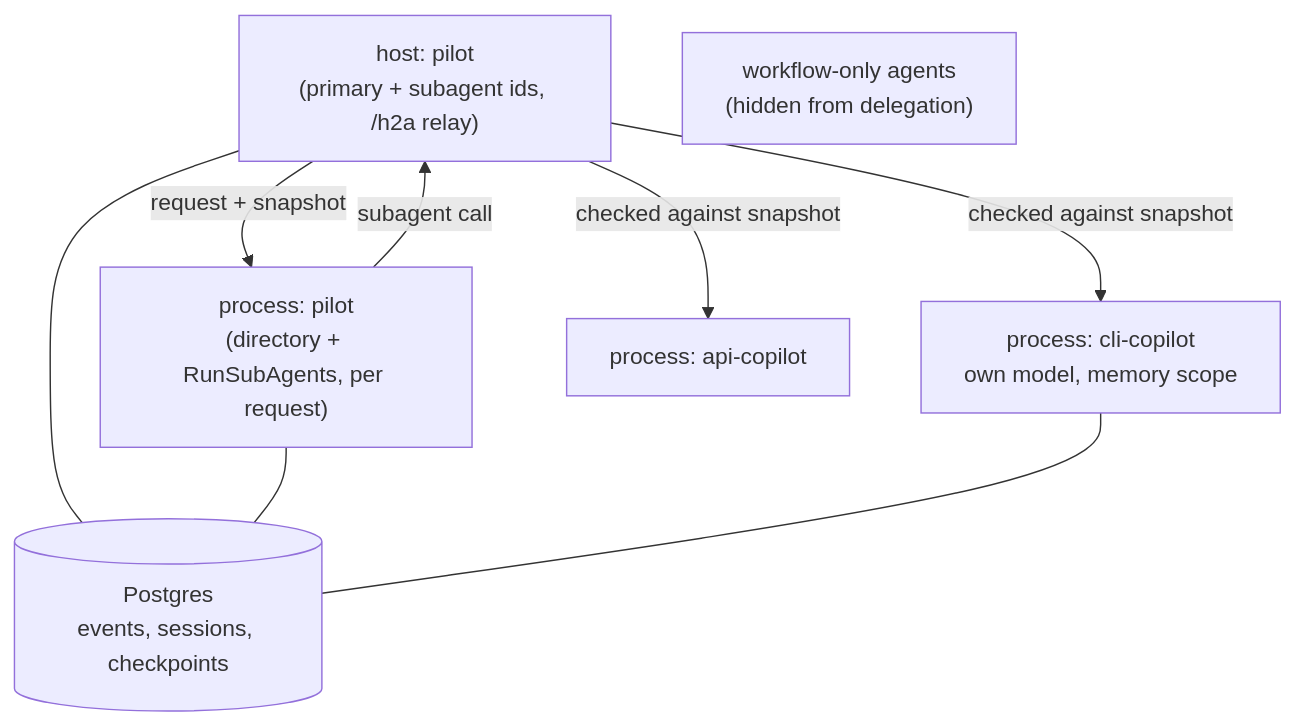
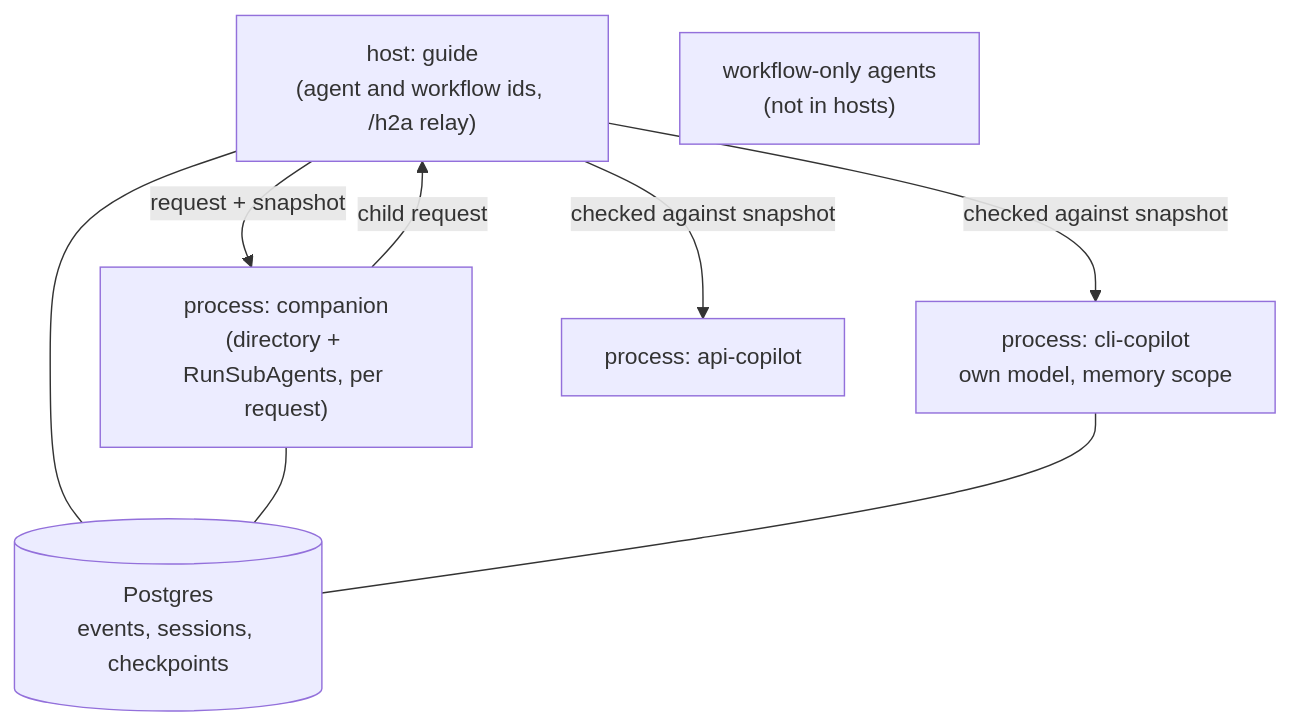
The diagram in docs/posts/composing-agents.md (imsid/mashpy), drawn with Mermaid before and after one commit. The commit also changed other lines of this file and 119 other files, not shown here.

First line of the commit message:
feat(host)!: hosts are agents and workflows, routed by the companion (#272)

````diff
--- a/docs/posts/composing-agents.md
+++ b/docs/posts/composing-agents.md
@@ -96,16 +97,16 @@
 ```mermaid
 flowchart TD
-    H["host: pilot\n(primary + subagent ids, /h2a relay)"]
-    P["process: pilot\n(directory + RunSubAgents, per request)"]
+    H["host: guide\n(agent and workflow ids, /h2a relay)"]
+    C["process: companion\n(directory + RunSubAgents, per request)"]
     A["process: cli-copilot\nown model, memory scope"]
     B["process: api-copilot"]
-    W["workflow-only agents\n(hidden from delegation)"]
-    H -- "request + snapshot" --> P
-    P -- "subagent call" --> H
+    W["workflow-only agents\n(not in hosts)"]
+    H -- "request + snapshot" --> C
+    C -- "child request" --> H
     H -- "checked against snapshot" --> A
     H -- "checked against snapshot" --> B
     PG[("Postgres\nevents, sessions, checkpoints")]
     H --- PG
-    P --- PG
+    C --- PG
     A --- PG
 ```
````
